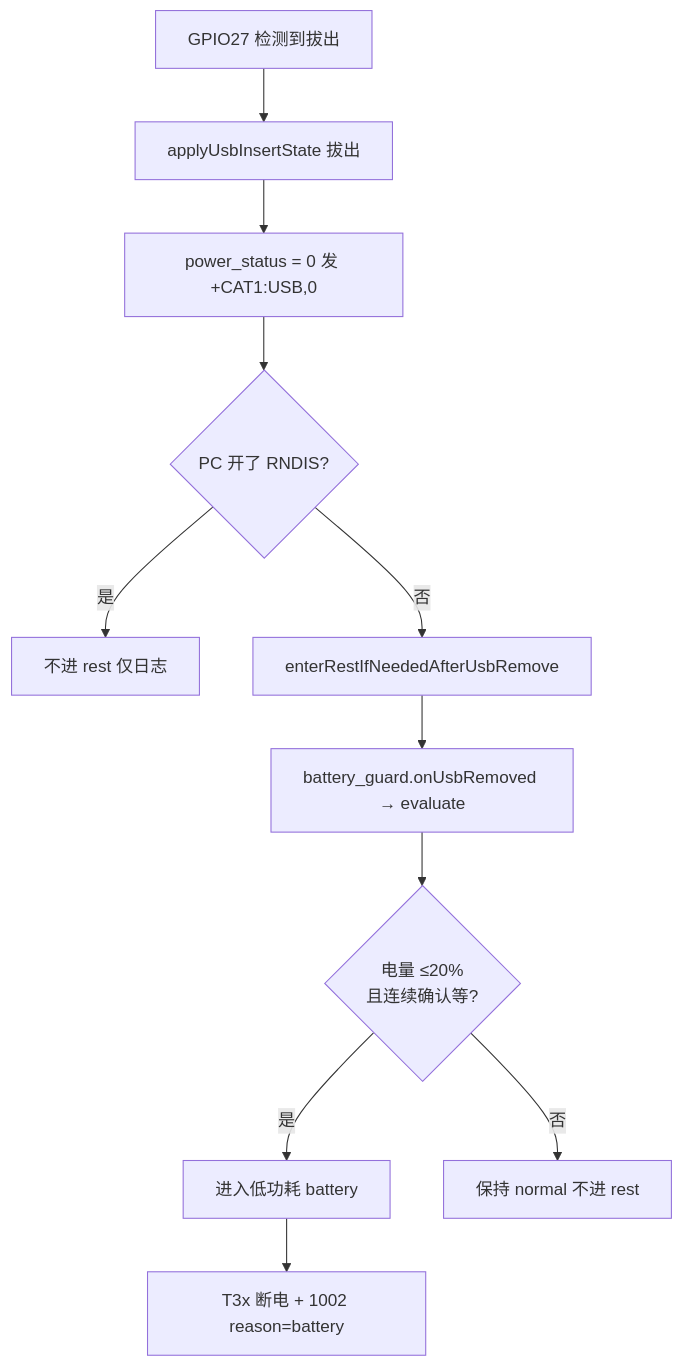
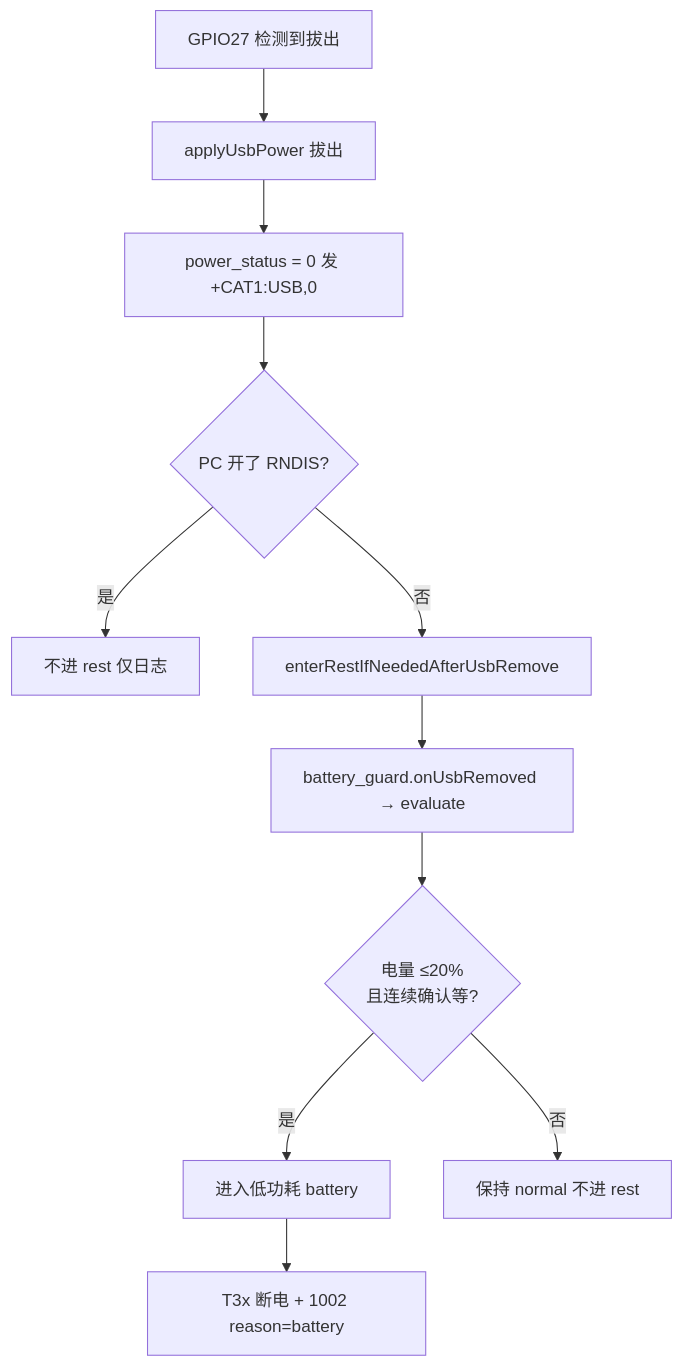
One commit to dzr1986/AIR780EHM changed the third of 5 diagrams in doc/LOW_BATTERY_AND_LOW_POWER.md. Above: the diagram before and after it, drawn with Mermaid. The commit also changed other lines of this file and 84 other files, not shown here.

````diff
--- a/doc/LOW_BATTERY_AND_LOW_POWER.md
+++ b/doc/LOW_BATTERY_AND_LOW_POWER.md
@@ -101,13 +101,13 @@
 ```mermaid
 flowchart TD
-    A[GPIO27 检测到拔出] --> B[applyUsbInsertState 拔出]
+    A[GPIO27 检测到拔出] --> B[applyUsbPower 拔出]
     B --> C[power_status = 0 发 +CAT1:USB,0]
     C --> D{PC 开了 RNDIS?}
     D -->|是| E[不进 rest 仅日志]
     D -->|否| F[enterRestIfNeededAfterUsbRemove]
     F --> G[battery_guard.onUsbRemoved → evaluate]
     G --> H{电量 ≤20%\n且连续确认等?}
     H -->|是| I[进入低功耗 battery]
     H -->|否| J[保持 normal 不进 rest]
     I --> K[T3x 断电 + 1002 reason=battery]
 ```
````
